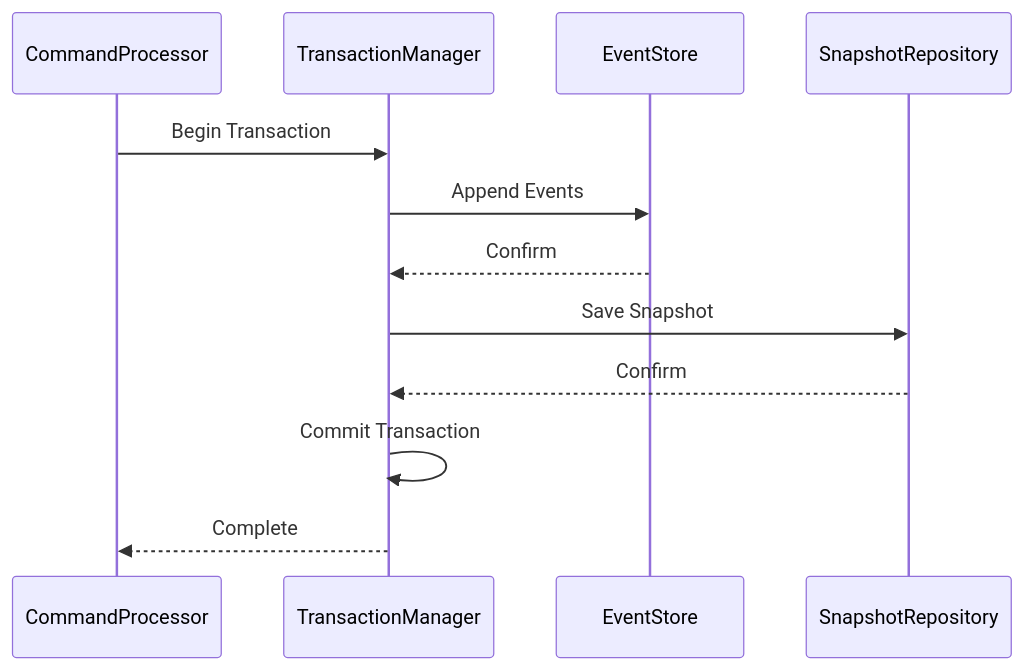
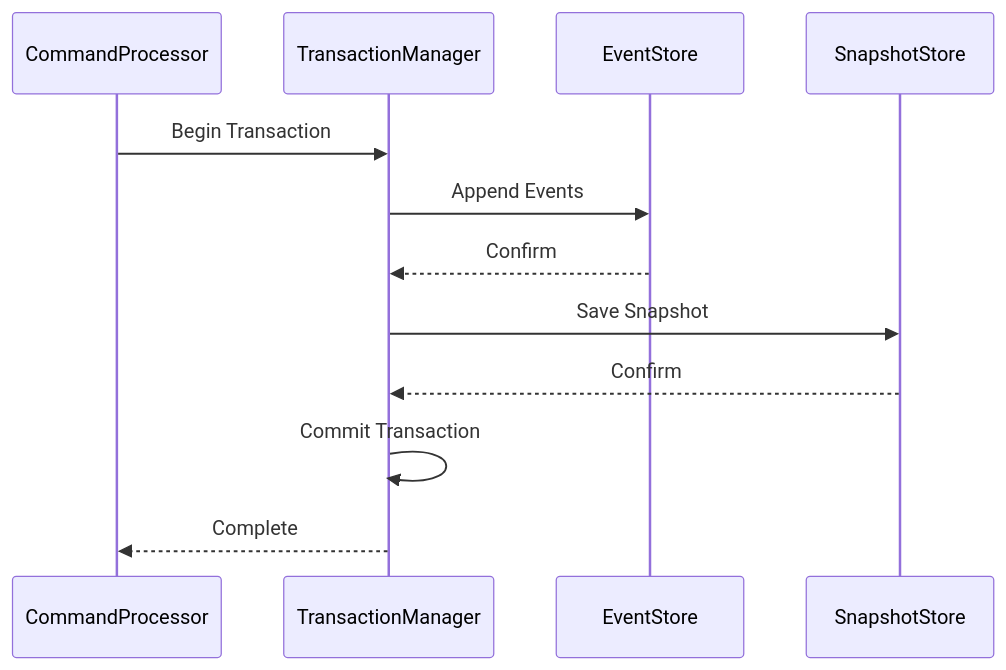
One commit to Ahoo-Wang/Wow changed the second of 2 diagrams in documentation/docs/en/guide/extensions/r2dbc.md. Above: the diagram before and after it, drawn with Mermaid. The commit also changed other lines of this file and 36 other files, not shown here.

````diff
--- a/documentation/docs/en/guide/extensions/r2dbc.md
+++ b/documentation/docs/en/guide/extensions/r2dbc.md
@@ -123,16 +123,16 @@
 ```mermaid
 sequenceDiagram
     participant CP as CommandProcessor
     participant TX as TransactionManager
     participant ES as EventStore
-    participant SR as SnapshotRepository
+    participant SR as SnapshotStore
     
     CP->>TX: Begin Transaction
     TX->>ES: Append Events
     ES-->>TX: Confirm
     TX->>SR: Save Snapshot
     SR-->>TX: Confirm
     TX->>TX: Commit Transaction
     TX-->>CP: Complete
 
 ```
````
